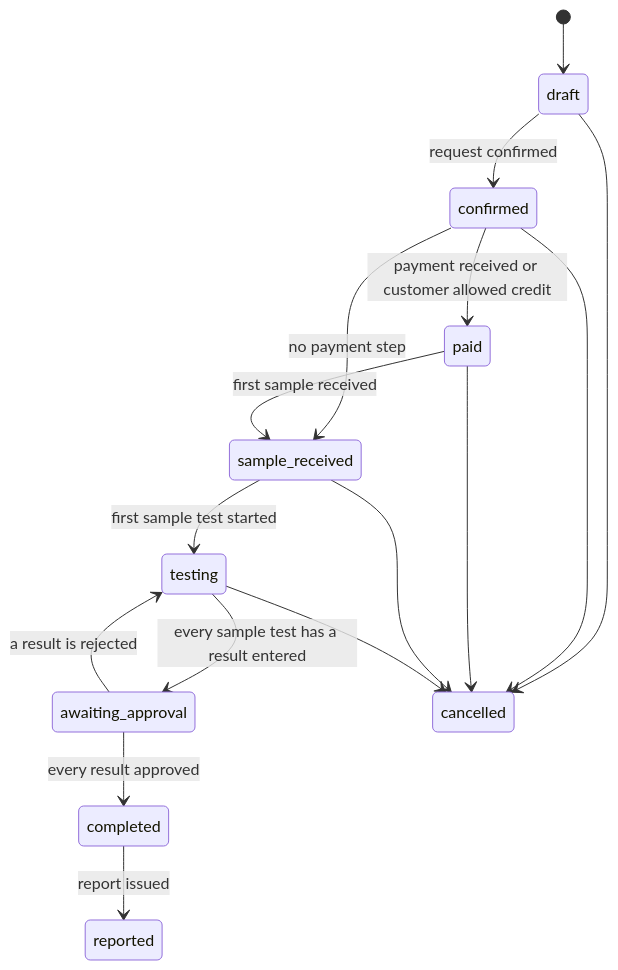
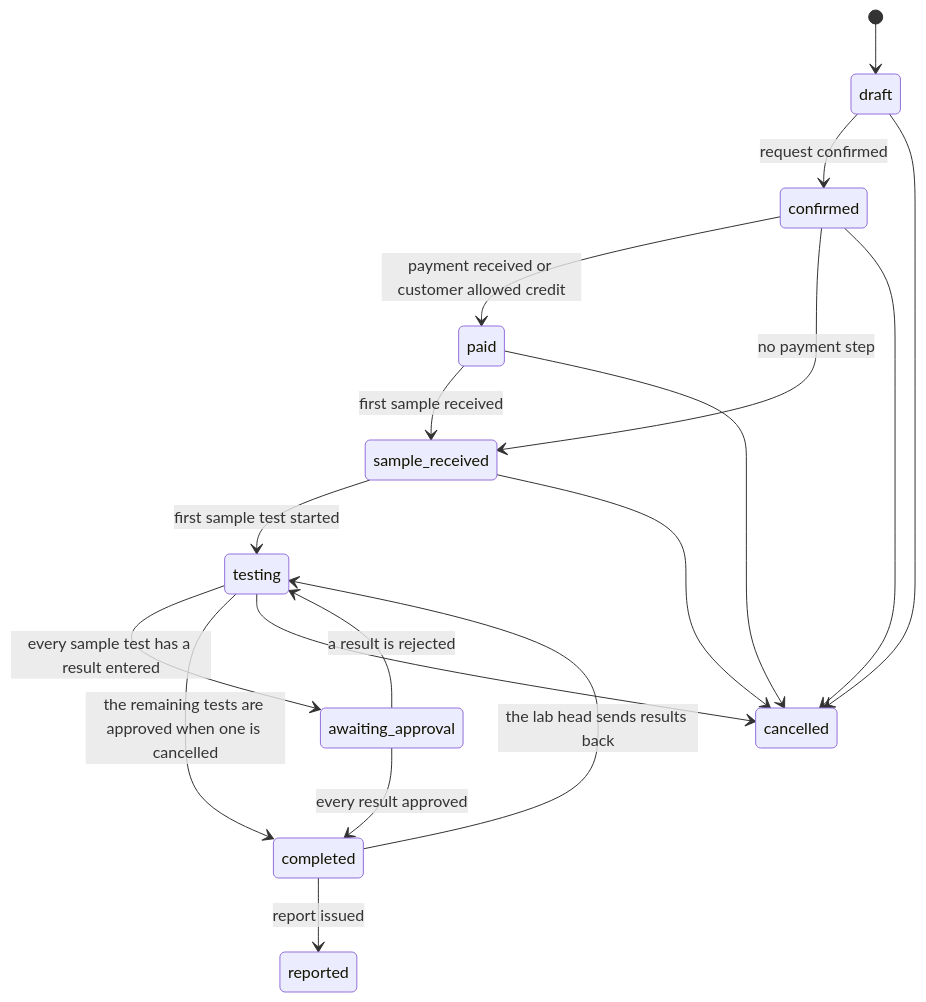
Before and after one commit to SoltuneMontepre/medilab: the second of 6 diagrams in docs/functional/laboratory_module/overview.md, drawn with Mermaid. The commit also changed other lines of this file and 160 other files, not shown here.

````diff
--- a/docs/functional/laboratory_module/overview.md
+++ b/docs/functional/laboratory_module/overview.md
@@ -43,18 +43,20 @@
 ```mermaid
 stateDiagram-v2
     [*] --> draft
     draft --> confirmed: request confirmed
     confirmed --> paid: payment received or customer allowed credit
     confirmed --> sample_received: no payment step
     paid --> sample_received: first sample received
     sample_received --> testing: first sample test started
     testing --> awaiting_approval: every sample test has a result entered
     awaiting_approval --> testing: a result is rejected
     awaiting_approval --> completed: every result approved
+    testing --> completed: the remaining tests are approved when one is cancelled
     completed --> reported: report issued
+    completed --> testing: the lab head sends results back
     draft --> cancelled
     confirmed --> cancelled
     paid --> cancelled
     sample_received --> cancelled
     testing --> cancelled
 ```
````
